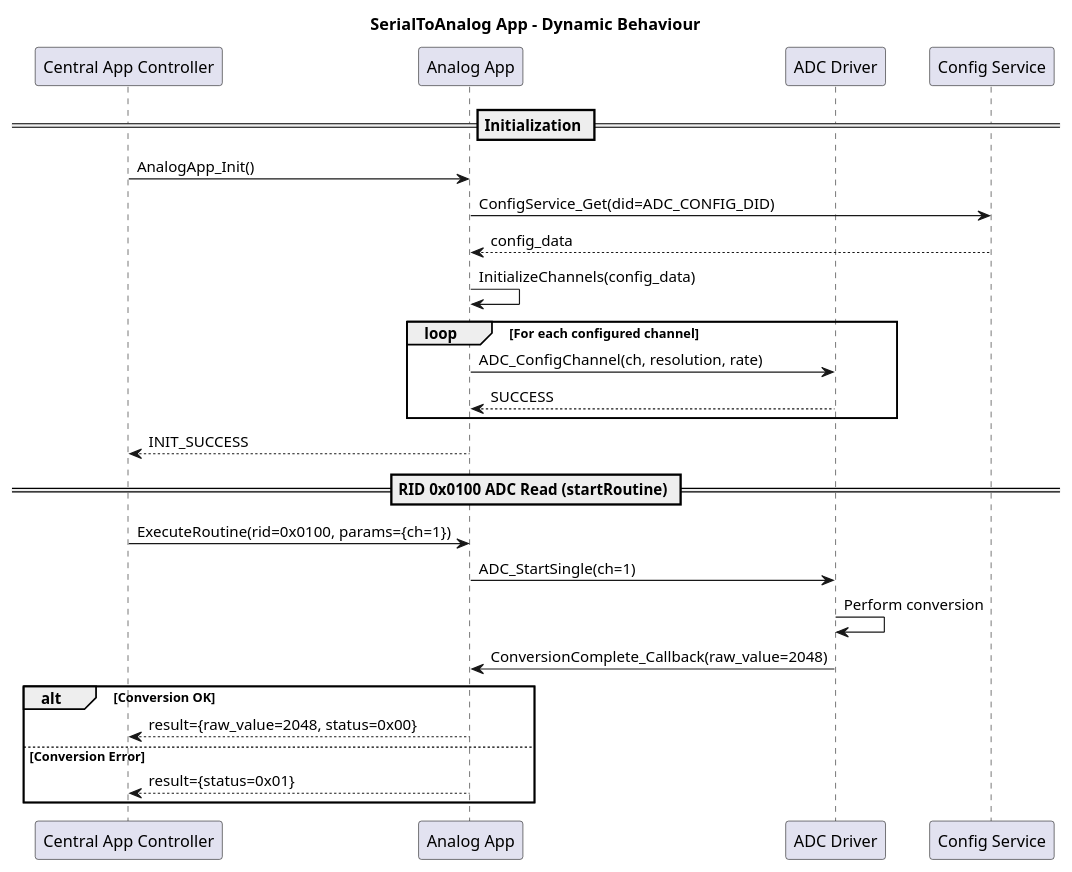
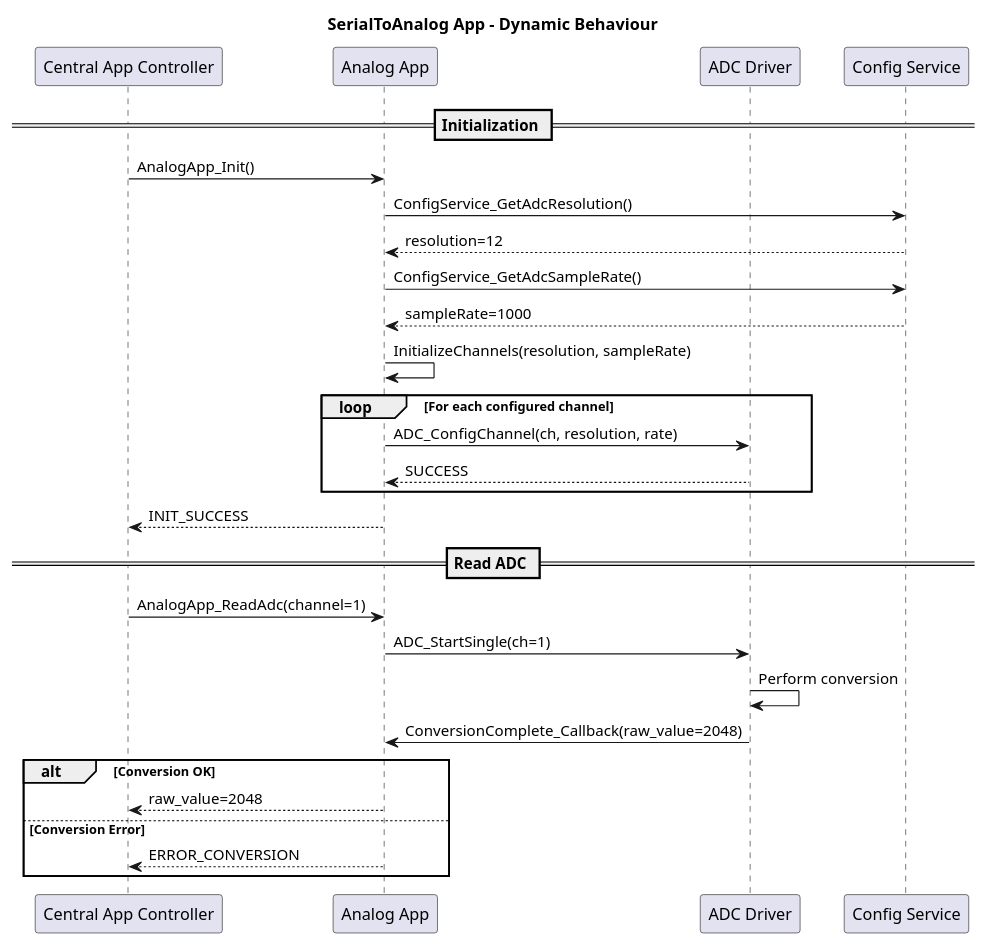
Before and after one commit to LinhTrucVo/Bico_Protocol_Bridge: the diagram in 2_architecture/fucntionView/layer3Application/serialToAnalogApp/dynamicBehaviour.puml, drawn with PlantUML. The commit also changed 19 other files, not shown here.

First line of the commit message:
Central App Controller now owns all DID/RID mapping and converts UDS requests into typed API calls for downstream modules. ConfigService, SerialToXxxApp modules no longer have any UDS/DID/RID awareness — they expose plain typed APIs (e.g. ReadAdc(ch), WriteGpio(pin, state), SetAdcSampleRate(rate)).

```diff
--- a/2_architecture/fucntionView/layer3Application/serialToAnalogApp/dynamicBehaviour.puml
+++ b/2_architecture/fucntionView/layer3Application/serialToAnalogApp/dynamicBehaviour.puml
@@ -1,31 +1,33 @@
 @startuml
 title SerialToAnalog App - Dynamic Behaviour
 
 participant "Central App Controller" as CC
 participant "Analog App" as AA
 participant "ADC Driver" as ADC
 participant "Config Service" as CS
 
 == Initialization ==
 CC -> AA : AnalogApp_Init()
-AA -> CS : ConfigService_Get(did=ADC_CONFIG_DID)
-CS --> AA : config_data
-AA -> AA : InitializeChannels(config_data)
+AA -> CS : ConfigService_GetAdcResolution()
+CS --> AA : resolution=12
+AA -> CS : ConfigService_GetAdcSampleRate()
+CS --> AA : sampleRate=1000
+AA -> AA : InitializeChannels(resolution, sampleRate)
 loop For each configured channel
     AA -> ADC : ADC_ConfigChannel(ch, resolution, rate)
     ADC --> AA : SUCCESS
 end
 AA --> CC : INIT_SUCCESS
 
-== RID 0x0100 ADC Read (startRoutine) ==
-CC -> AA : ExecuteRoutine(rid=0x0100, params={ch=1})
+== Read ADC ==
+CC -> AA : AnalogApp_ReadAdc(channel=1)
 AA -> ADC : ADC_StartSingle(ch=1)
 ADC -> ADC : Perform conversion
 ADC -> AA : ConversionComplete_Callback(raw_value=2048)
 alt Conversion OK
-    AA --> CC : result={raw_value=2048, status=0x00}
+    AA --> CC : raw_value=2048
 else Conversion Error
-    AA --> CC : result={status=0x01}
+    AA --> CC : ERROR_CONVERSION
 end
 
 @enduml
```
